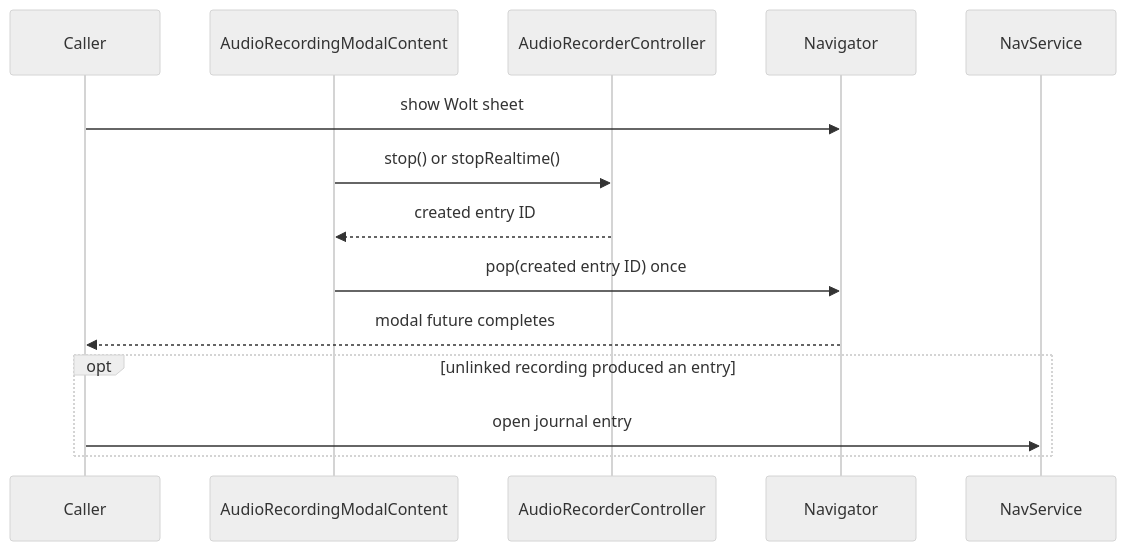
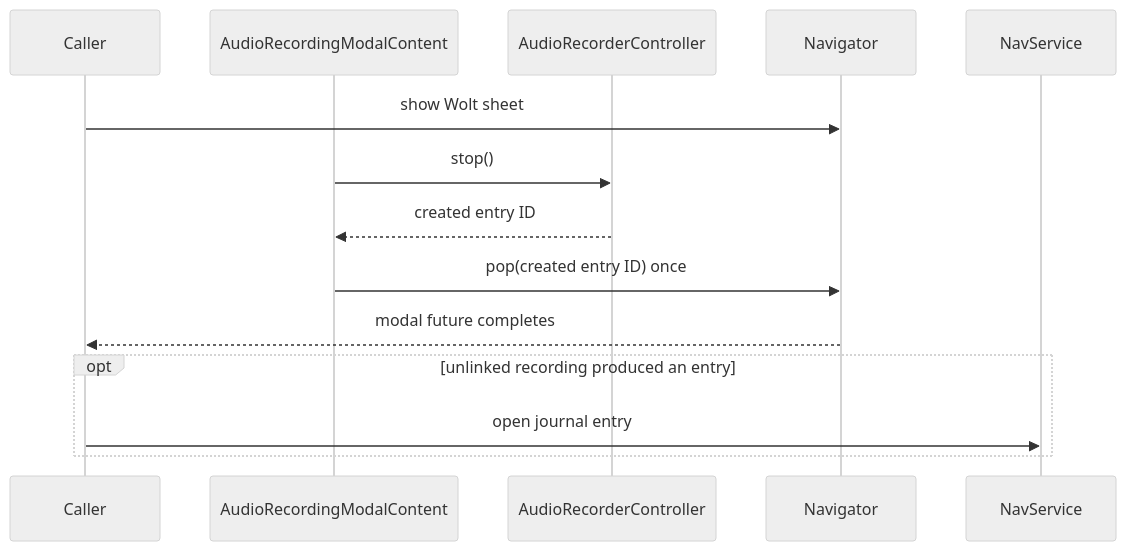
One commit to matthiasn/lotti changed the first of 2 diagrams in lib/features/speech/ui/widgets/recording/README.md. Above: the diagram before and after it, drawn with Mermaid (neutral theme). The commit also changed other lines of this file and 202 other files, not shown here.

Commit message:
feat: batch-first day audio capture with durable processing and Activity timeline (#3533)

````diff
--- a/lib/features/speech/ui/widgets/recording/README.md
+++ b/lib/features/speech/ui/widgets/recording/README.md
@@ -63,17 +59,17 @@
 ```mermaid
 sequenceDiagram
   participant Caller
   participant Sheet as AudioRecordingModalContent
   participant Controller as AudioRecorderController
   participant Navigator
   participant AppNav as NavService
 
   Caller->>Navigator: show Wolt sheet
-  Sheet->>Controller: stop() or stopRealtime()
+  Sheet->>Controller: stop()
   Controller-->>Sheet: created entry ID
   Sheet->>Navigator: pop(created entry ID) once
   Navigator-->>Caller: modal future completes
   opt unlinked recording produced an entry
     Caller->>AppNav: open journal entry
   end
 ```
````
